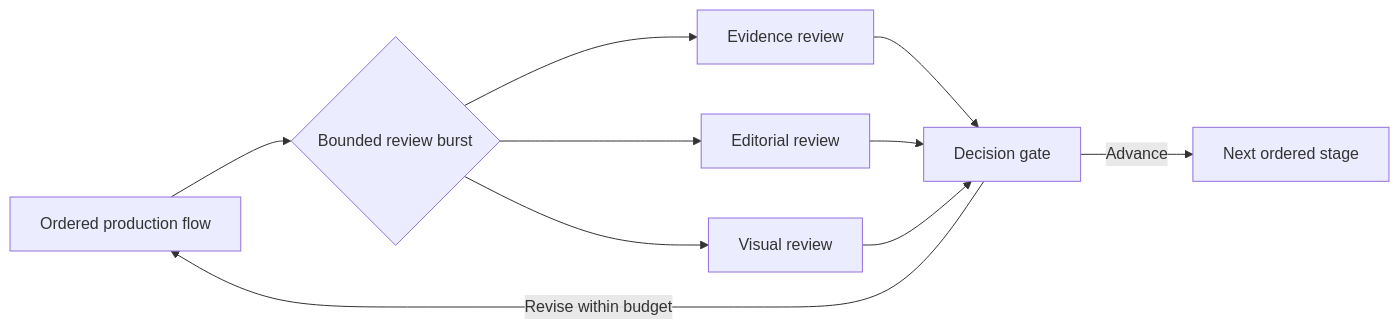
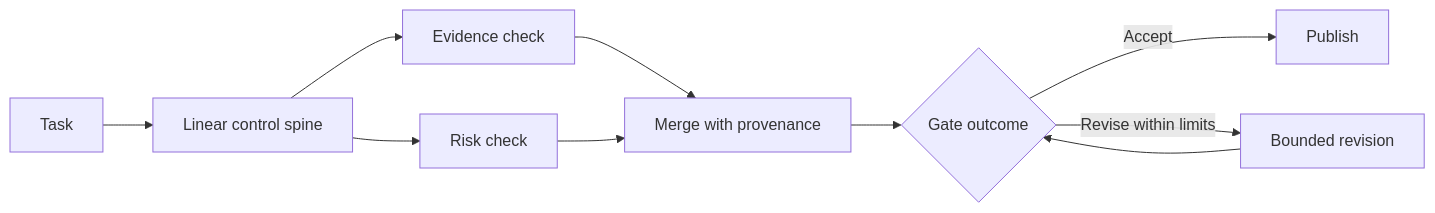
Before and after one commit to Herbertcuba/herbertcuba-personal-blog: the second of 2 diagrams in src/drafts/df3f4646.md, drawn with Mermaid. The commit also changed other lines of this file, not shown here.

Commit message:
draft(t_3af0b546): Use a Pipeline Until the Work Proves It Needs a Graph

````diff
--- a/src/drafts/df3f4646.md
+++ b/src/drafts/df3f4646.md
@@ -85,12 +69,12 @@
 ```mermaid
 flowchart LR
-    A[Ordered production flow] --> B{Bounded review burst}
-    B --> C[Evidence review]
-    B --> D[Editorial review]
-    B --> E[Visual review]
-    C --> F[Decision gate]
-    D --> F
-    E --> F
-    F -->|Advance| G[Next ordered stage]
-    F -->|Revise within budget| A
+    T[Task] --> C[Linear control spine]
+    C --> E1[Evidence check]
+    C --> E2[Risk check]
+    E1 --> M[Merge with provenance]
+    E2 --> M
+    M --> G{Gate outcome}
+    G -->|Accept| P[Publish]
+    G -->|Revise within limits| R[Bounded revision]
+    R --> G
 ```
````
